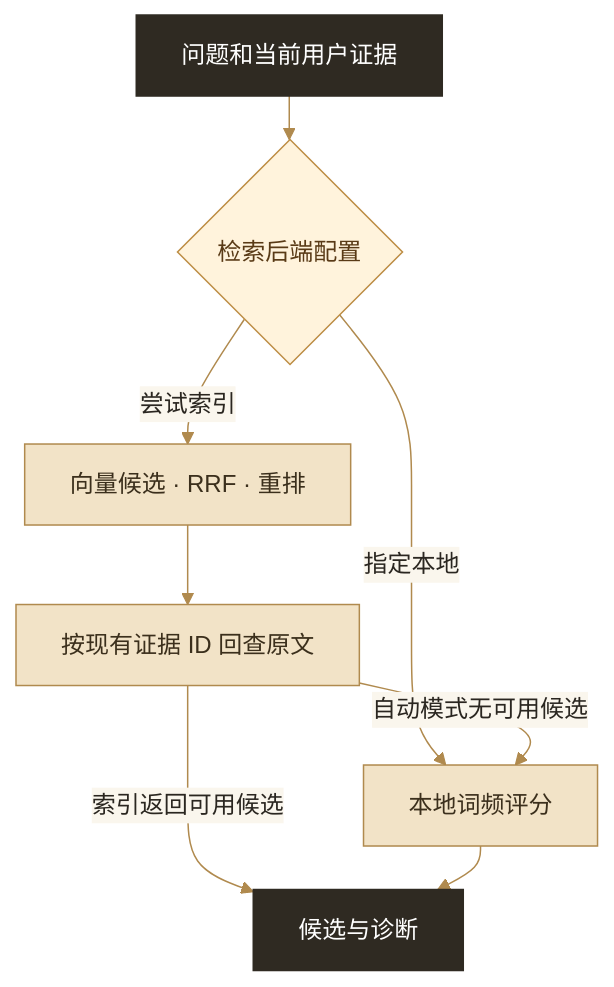
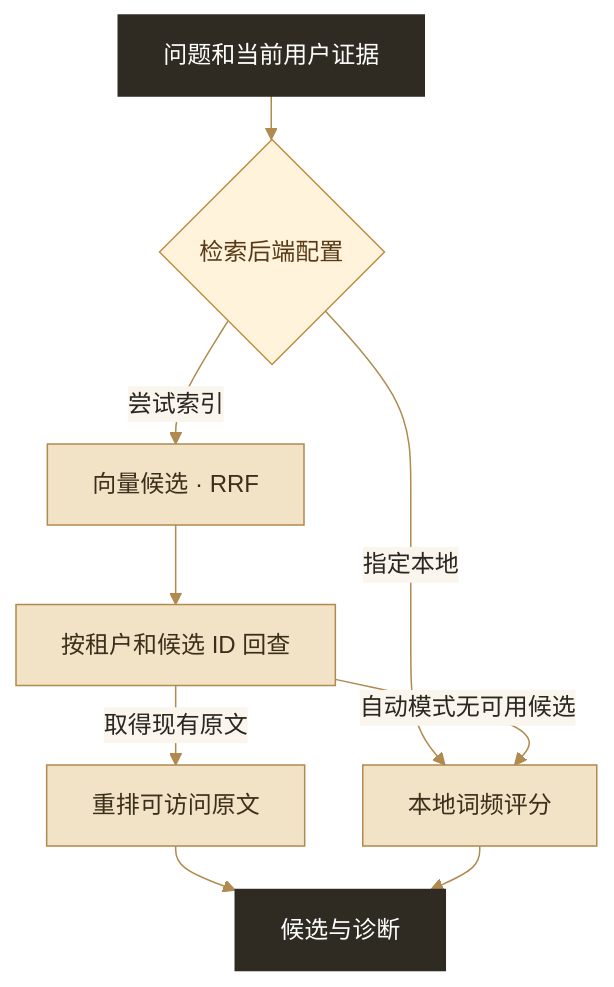
Before and after one commit to wenmo-yu/careerlens: the second of 2 diagrams in tutorials/04-knowledge-base/04-A-检索源码与诊断.md, drawn with Mermaid. The commit also changed other lines of this file and 125 other files, not shown here.

````diff
--- a/tutorials/04-knowledge-base/04-A-检索源码与诊断.md
+++ b/tutorials/04-knowledge-base/04-A-检索源码与诊断.md
@@ -242,18 +233,19 @@
 ```mermaid
 %%{init: {"theme":"base","themeVariables":{"fontFamily":"system-ui, sans-serif","lineColor":"#b08a4e","edgeLabelBackground":"#faf6ed","primaryColor":"#fdfbf6","primaryBorderColor":"#c9a86a","primaryTextColor":"#2a2620","lineColorText":"#2a2620"},"flowchart":{"nodeSpacing":22,"rankSpacing":29,"curve":"basis"}}}%%
 flowchart TD
     accTitle: 索引候选在返回前按数据库中的原文回查
     a["问题和当前用户证据"] --> b{"检索后端配置"}
-    b -->|尝试索引| c["向量候选 · RRF · 重排"]
-    c --> d["按现有证据 ID 回查原文"]
+    b -->|尝试索引| c["向量候选 · RRF"]
+    c --> d["按租户和候选 ID 回查"]
     b -->|指定本地| l["本地词频评分"]
     d -->|自动模式无可用候选| l
-    d -->|索引返回可用候选| e["候选与诊断"]
+    d -->|取得现有原文| f["重排可访问原文"]
+    f --> e["候选与诊断"]
     l --> e
     class b choice
-    class c,d,l work
+    class c,d,f,l work
     class a,e endpoints
     classDef choice fill:#fff3dc,stroke:#bd8d44,color:#593a16
     classDef work fill:#f2e3c7,stroke:#b08a4e,color:#3b2f1c
     classDef endpoints fill:#2f2a22,stroke:#2f2a22,color:#fff
 ```
````
